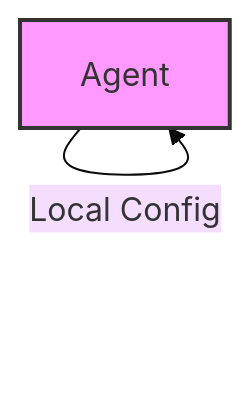
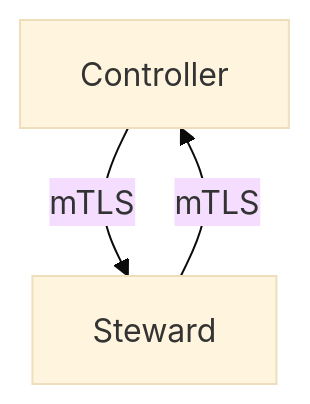
The first of 3 diagrams in docs/security/architecture.md (cfg-is/cfgms), drawn with Mermaid (base theme) before and after one commit. The commit also changed other lines of this file and 25 other files, not shown here.

````diff
--- a/docs/security/architecture.md
+++ b/docs/security/architecture.md
@@ -12,5 +9,5 @@
 ```mermaid
 graph TD
-    A[Agent] -->|Local Config| A
-    style A fill:#f9f,stroke:#333,stroke-width:2px
+    A[Controller] -->|mTLS| B[Steward]
+    B -->|mTLS| A
 ```
````
